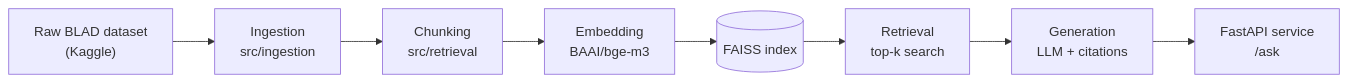
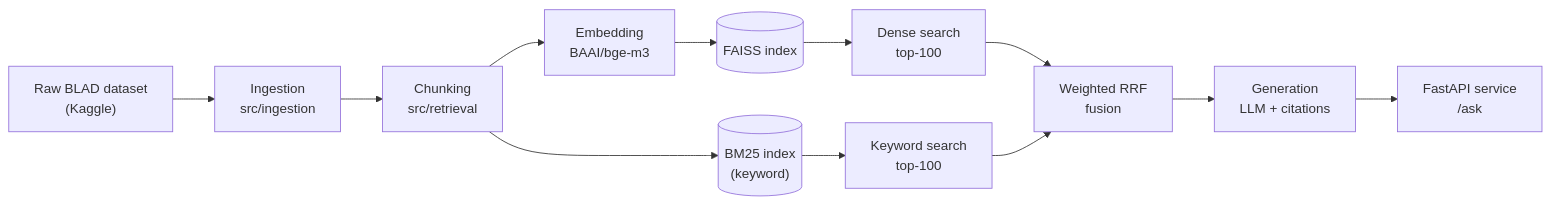
The diagram in README.md (Kaniz-Reza/bd-law-rag), drawn with Mermaid before and after one commit. The commit also changed other lines of this file, not shown here.

````diff
--- a/README.md
+++ b/README.md
@@ -34,10 +36,14 @@
 ```mermaid
 flowchart LR
     A["Raw BLAD dataset<br/>(Kaggle)"] --> B["Ingestion<br/>src/ingestion"]
     B --> C["Chunking<br/>src/retrieval"]
     C --> D["Embedding<br/>BAAI/bge-m3"]
     D --> E[("FAISS index")]
-    E --> F["Retrieval<br/>top-k search"]
-    F --> G["Generation<br/>LLM + citations"]
+    C --> BM[("BM25 index<br/>(keyword)")]
+    E --> F1["Dense search<br/>top-100"]
+    BM --> F2["Keyword search<br/>top-100"]
+    F1 --> RRF["Weighted RRF<br/>fusion"]
+    F2 --> RRF
+    RRF --> G["Generation<br/>LLM + citations"]
     G --> H["FastAPI service<br/>/ask"]
 ```
````
